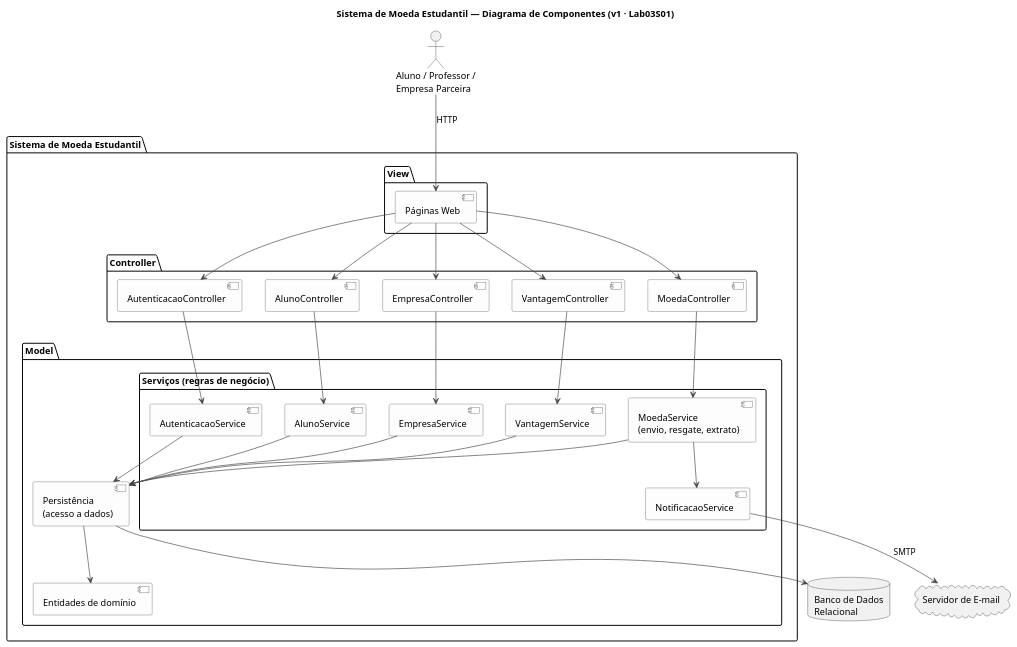
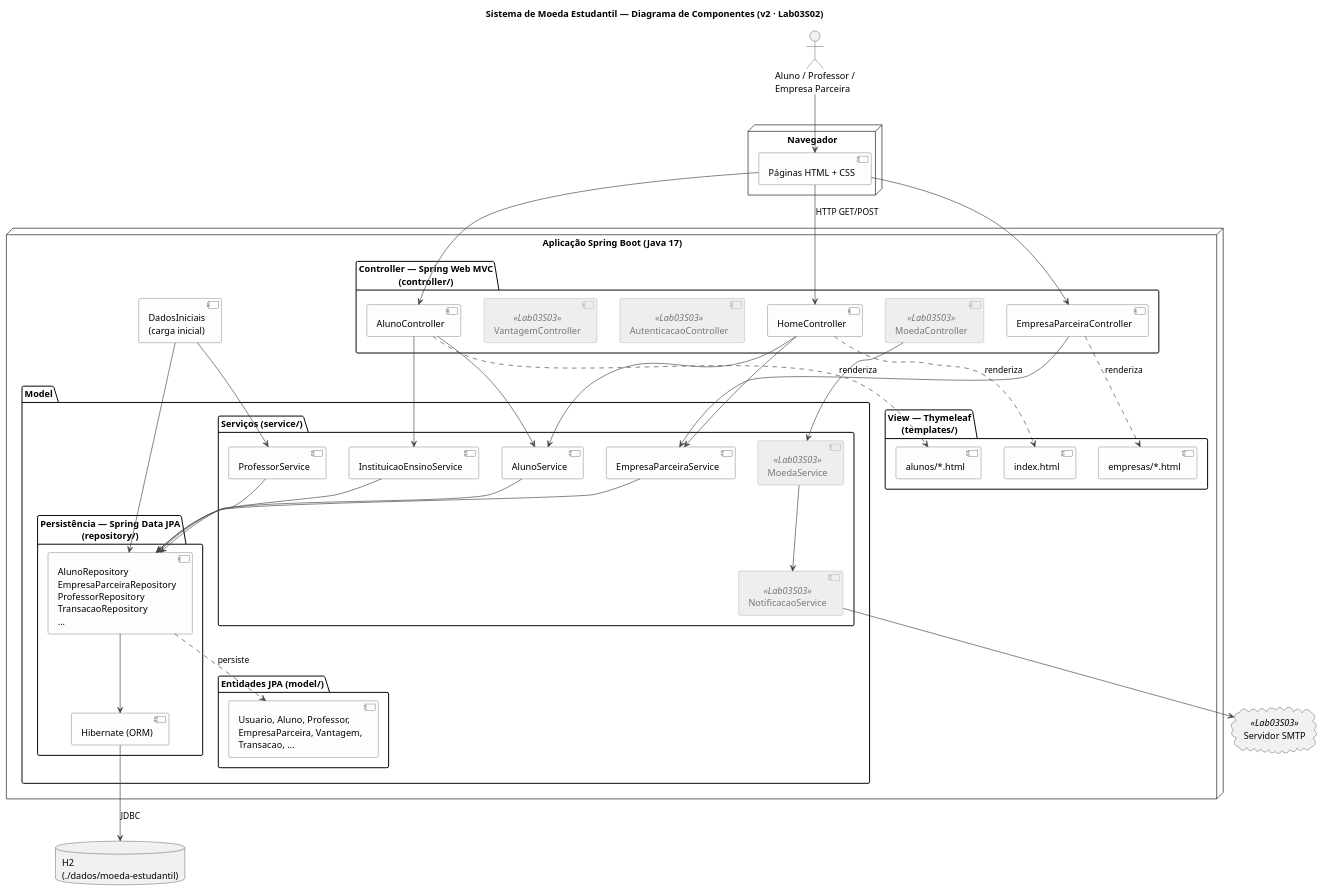
Before and after one commit to viniciusoramos/Sistema-de-Moeda-Estudantil: the diagram in docs/diagramas/diagrama-componentes.puml, drawn with PlantUML. The commit also changed 75 other files, not shown here.

First line of the commit message:
Lab03S02: persistência e CRUDs de aluno e empresa parceira (v2)

```diff
--- a/docs/diagramas/diagrama-componentes.puml
+++ b/docs/diagramas/diagrama-componentes.puml
@@ -1,75 +1,104 @@
 @startuml diagrama-componentes
 ' =====================================================================
 ' Sistema de Moeda Estudantil - PUC Minas
-' Diagrama de Componentes - v1 (Lab03S01)
-' Arquitetura MVC em camadas, ainda sem tecnologias definidas.
+' Diagrama de Componentes - v2 (Lab03S02)
+'
+' Mudanças em relação à v1 (Lab03S01):
+'   - tecnologias definidas: Spring Boot (Web MVC), Thymeleaf, Spring Data JPA
+'     (Hibernate como ORM) e banco H2
+'   - a camada de persistência passa a ser composta por repositórios Spring Data
+'     (padrão Repository/DAO), um por agregado
+'   - componentes implementados nesta sprint destacados; os demais ficam
+'     para a Lab03S03
 ' =====================================================================
 
-title Sistema de Moeda Estudantil — Diagrama de Componentes (v1 · Lab03S01)
+title Sistema de Moeda Estudantil — Diagrama de Componentes (v2 · Lab03S02)
 
 skinparam shadowing false
 skinparam componentStyle uml2
 skinparam component {
   BackgroundColor #FDFDFD
   BorderColor #444444
   ArrowColor #444444
+  BackgroundColor<<Lab03S03>> #EEEEEE
+  BorderColor<<Lab03S03>> #999999
+  FontColor<<Lab03S03>> #777777
 }
 
 actor "Aluno / Professor /\nEmpresa Parceira" as Usuario
 
-package "Sistema de Moeda Estudantil" {
+node "Navegador" {
+  [Páginas HTML + CSS] as HTML
+}
 
-  package "View" {
-    [Páginas Web] as Paginas
+node "Aplicação Spring Boot (Java 17)" {
+
+  package "View — Thymeleaf\n(templates/)" {
+    [alunos/*.html] as VAluno
+    [empresas/*.html] as VEmpresa
+    [index.html] as VIndex
   }
 
-  package "Controller" {
-    [AutenticacaoController] as CAuth
+  package "Controller — Spring Web MVC\n(controller/)" {
+    [HomeController] as CHome
     [AlunoController] as CAluno
-    [EmpresaController] as CEmpresa
-    [VantagemController] as CVant
-    [MoedaController] as CMoeda
+    [EmpresaParceiraController] as CEmpresa
+    [AutenticacaoController] <<Lab03S03>> as CAuth
+    [VantagemController] <<Lab03S03>> as CVant
+    [MoedaController] <<Lab03S03>> as CMoeda
   }
 
   package "Model" {
-    package "Serviços (regras de negócio)" {
-      [AutenticacaoService] as SAuth
+    package "Serviços (service/)" {
       [AlunoService] as SAluno
-      [EmpresaService] as SEmpresa
-      [VantagemService] as SVant
-      [MoedaService\n(envio, resgate, extrato)] as SMoeda
-      [NotificacaoService] as SNotif
+      [EmpresaParceiraService] as SEmpresa
+      [ProfessorService] as SProf
+      [InstituicaoEnsinoService] as SInst
+      [MoedaService] <<Lab03S03>> as SMoeda
+      [NotificacaoService] <<Lab03S03>> as SNotif
     }
-    [Entidades de domínio] as Dominio
-    [Persistência\n(acesso a dados)] as Persist
+    package "Entidades JPA (model/)" {
+      [Usuario, Aluno, Professor,\nEmpresaParceira, Vantagem,\nTransacao, ...] as Dominio
+    }
+    package "Persistência — Spring Data JPA\n(repository/)" {
+      [AlunoRepository\nEmpresaParceiraRepository\nProfessorRepository\nTransacaoRepository\n...] as Repos
+      [Hibernate (ORM)] as ORM
+    }
   }
+
+  [DadosIniciais\n(carga inicial)] as Carga
 }
 
-database "Banco de Dados\nRelacional" as BD
-cloud "Servidor de E-mail" as SMTP
+database "H2\n(./dados/moeda-estudantil)" as BD
+cloud "Servidor SMTP" <<Lab03S03>> as SMTP
 
-Usuario --> Paginas : HTTP
-Paginas --> CAuth
-Paginas --> CAluno
-Paginas --> CEmpresa
-Paginas --> CVant
-Paginas --> CMoeda
+Usuario --> HTML
+HTML --> CHome : HTTP GET/POST
+HTML --> CAluno
+HTML --> CEmpresa
 
-CAuth --> SAuth
+CHome ..> VIndex : renderiza
+CAluno ..> VAluno : renderiza
+CEmpresa ..> VEmpresa : renderiza
+
+CHome --> SAluno
+CHome --> SEmpresa
 CAluno --> SAluno
+CAluno --> SInst
 CEmpresa --> SEmpresa
-CVant --> SVant
 CMoeda --> SMoeda
+SMoeda --> SNotif
+SNotif --> SMTP
 
-SMoeda --> SNotif
-SNotif --> SMTP : SMTP
+SAluno --> Repos
+SEmpresa --> Repos
+SProf --> Repos
+SInst --> Repos
+Carga --> Repos
+Carga --> SProf
 
-SAuth --> Persist
-SAluno --> Persist
-SEmpresa --> Persist
-SVant --> Persist
-SMoeda --> Persist
-Persist --> Dominio
-Persist --> BD
+Repos ..> Dominio : persiste
+Repos --> ORM
+ORM --> BD : JDBC
 
 @enduml
```
